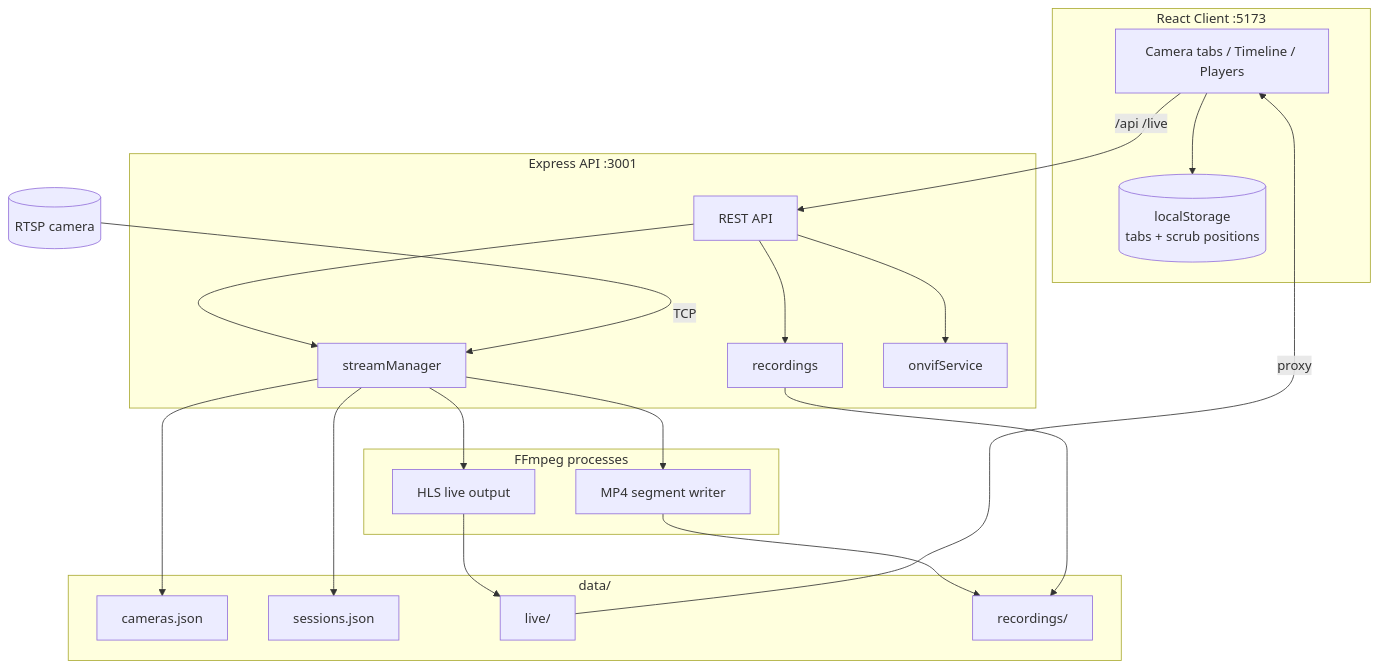
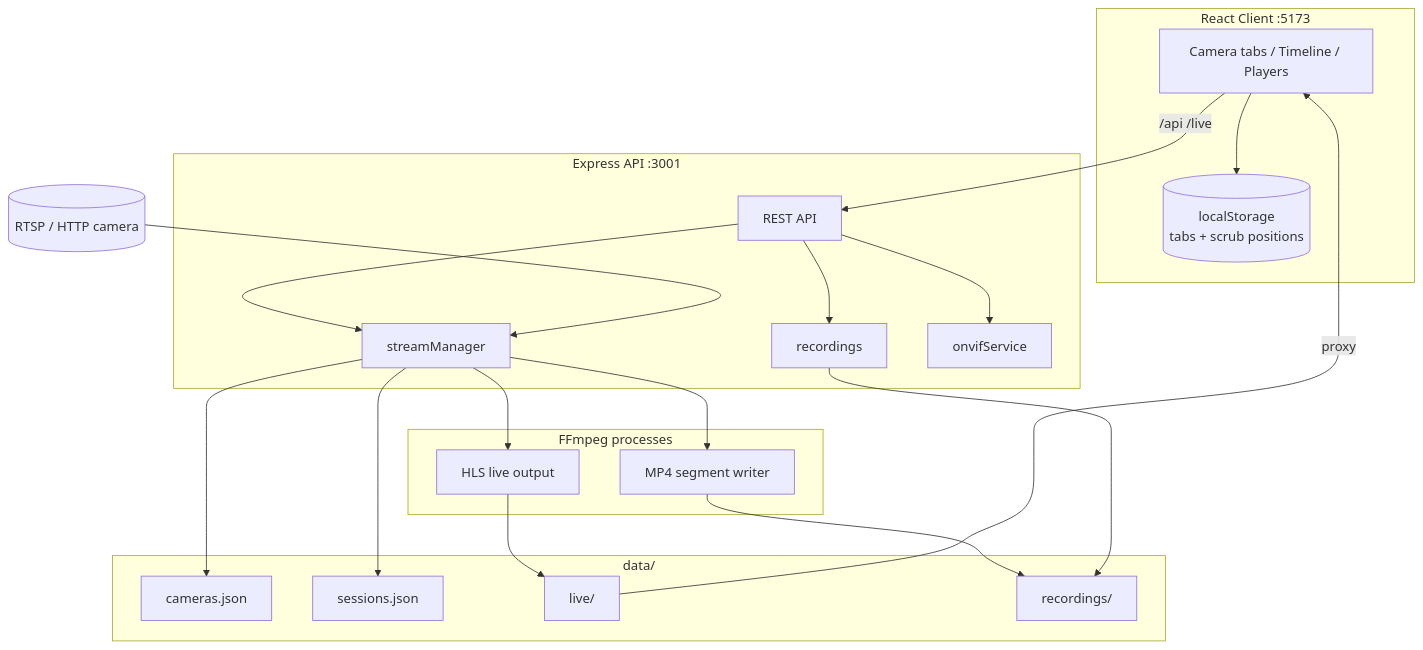
One commit to RecursiveFun/ONVIF-DVR changed the diagram in README.md. Above: the diagram before and after it, drawn with Mermaid. The commit also changed other lines of this file and 48 other files, not shown here.

First line of the commit message:
Add HTTP camera support, previews, and streaming reliability fixes.

````diff
--- a/README.md
+++ b/README.md
@@ -90,39 +103,39 @@
 ```mermaid
 flowchart TB
   subgraph client [React Client :5173]
     UI[Camera tabs / Timeline / Players]
     LS[(localStorage<br/>tabs + scrub positions)]
     UI --> LS
   end
 
   subgraph server [Express API :3001]
     API[REST API]
     SM[streamManager]
     REC[recordings]
     ONVIF[onvifService]
     API --> SM
     API --> REC
     API --> ONVIF
   end
 
   subgraph ffmpeg [FFmpeg processes]
     HLS[HLS live output]
     MP4[MP4 segment writer]
   end
 
   subgraph storage [data/]
     CAM[cameras.json]
     SES[sessions.json]
     LIVE[live/]
     DVR[recordings/]
   end
 
-  Camera[(RTSP camera)] -->|TCP| SM
+  Camera[(RTSP / HTTP camera)] --> SM
   SM --> HLS --> LIVE
   SM --> MP4 --> DVR
   UI -->|/api /live| API
   LIVE -->|proxy| UI
   SM --> CAM
   SM --> SES
   REC --> DVR
 ```
````
